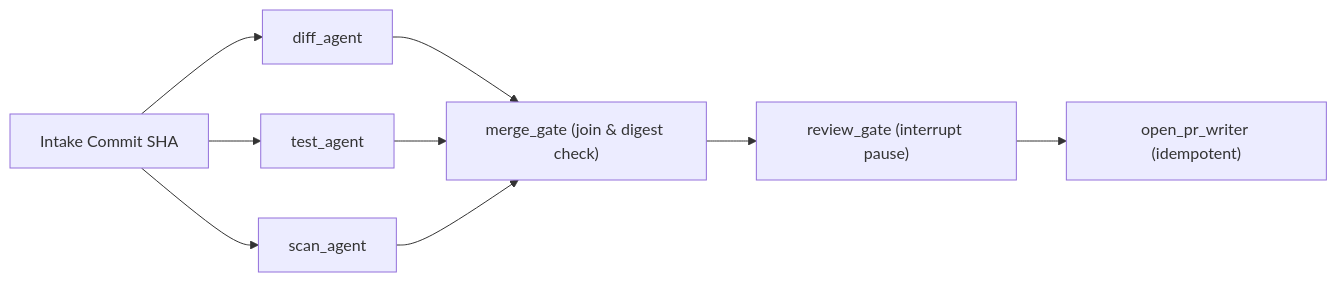
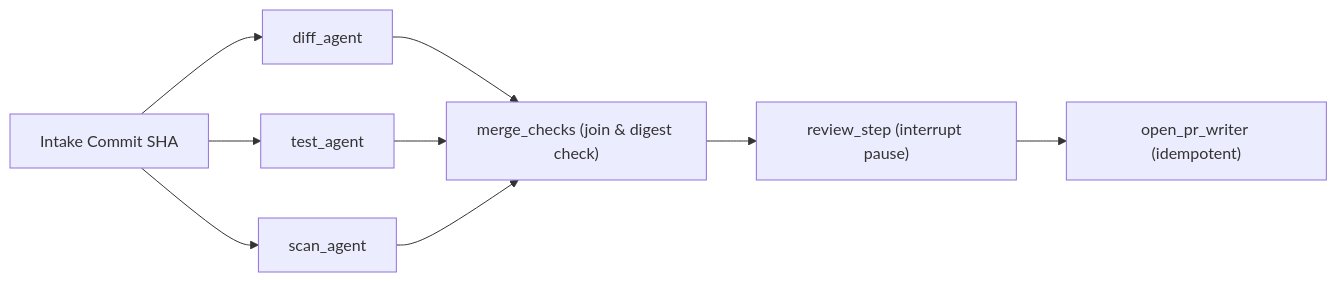
Before and after one commit to bvolpato/leetllm: the diagram in web/src/content/agents/multi-agent-dags-langgraph-orchestration/content.md, drawn with Mermaid. The commit also changed other lines of this file and 23 other files, not shown here.

````diff
--- a/web/src/content/agents/multi-agent-dags-langgraph-orchestration/content.md
+++ b/web/src/content/agents/multi-agent-dags-langgraph-orchestration/content.md
@@ -90,11 +90,11 @@
 ```mermaid
 flowchart LR
     I["Intake Commit SHA"]:::primary --> D["diff_agent"]:::secondary
     I --> T["test_agent"]:::secondary
     I --> S["scan_agent"]:::secondary
-    D --> M["merge_gate (join & digest check)"]:::accent
+    D --> M["merge_checks (join & digest check)"]:::accent
     T --> M
     S --> M
-    M --> R["review_gate (interrupt pause)"]:::warning
+    M --> R["review_step (interrupt pause)"]:::warning
     R --> W["open_pr_writer (idempotent)"]:::success
 ```
````
